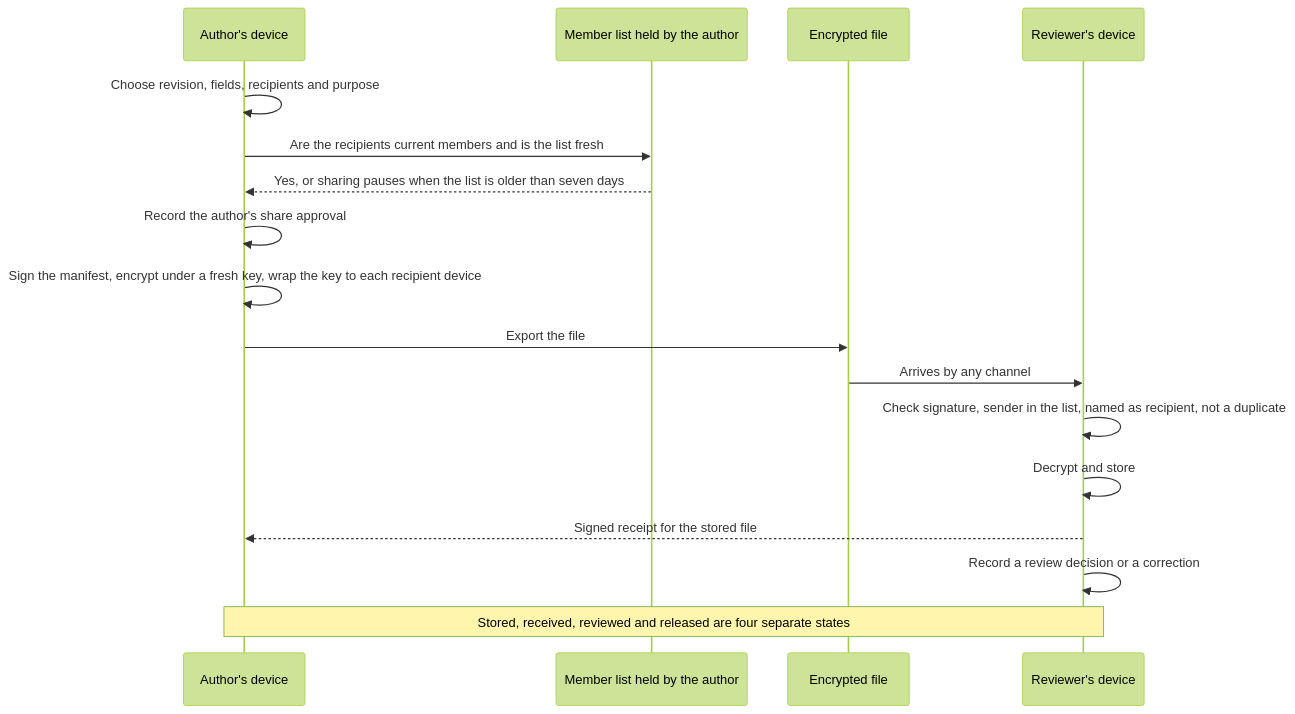
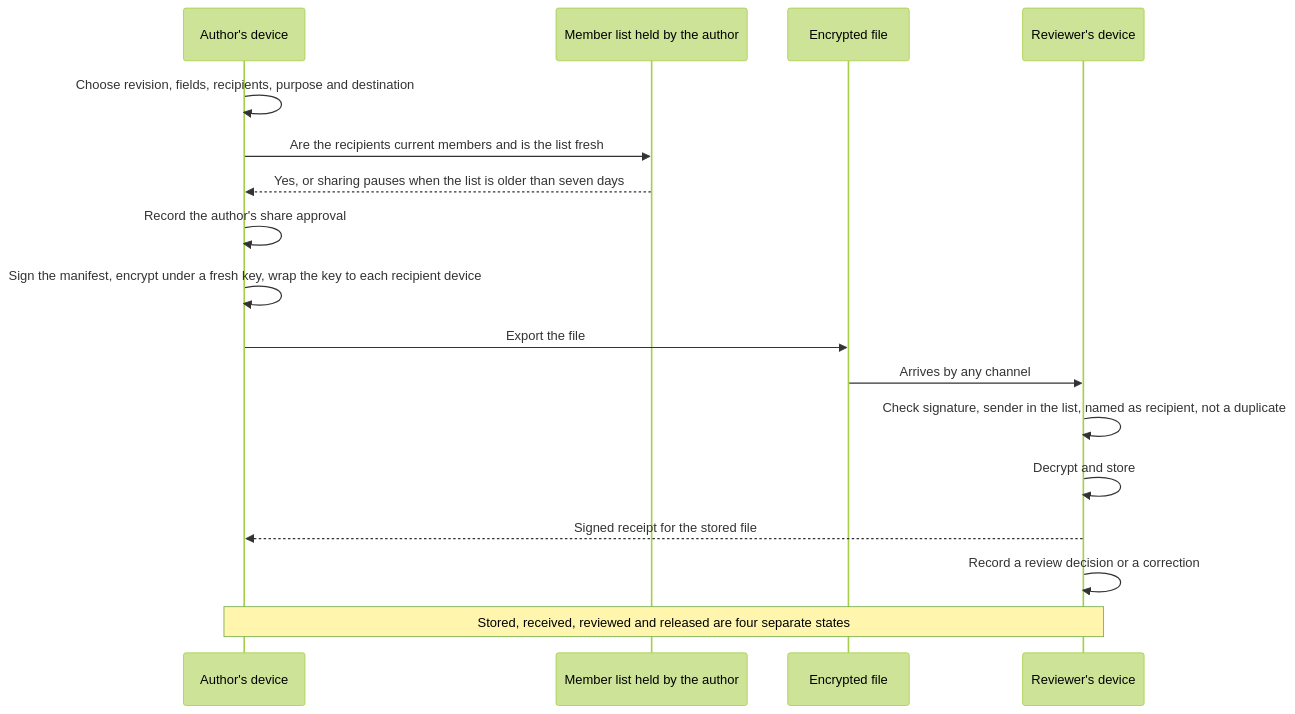
Before and after one commit to greenpill-dev-guild/green-goods: the fifth of 14 diagrams in .plans/ideas/grove/architecture-flows.md, drawn with Mermaid (forest theme). The commit also changed other lines of this file and 5 other files, not shown here.

````diff
--- a/.plans/ideas/grove/architecture-flows.md
+++ b/.plans/ideas/grove/architecture-flows.md
@@ -116,19 +117,19 @@
 ```mermaid
 sequenceDiagram
   participant A as Author's device
   participant M as Member list held by the author
   participant F as Encrypted file
   participant R as Reviewer's device
-  A->>A: Choose revision, fields, recipients and purpose
+  A->>A: Choose revision, fields, recipients, purpose and destination
   A->>M: Are the recipients current members and is the list fresh
   M-->>A: Yes, or sharing pauses when the list is older than seven days
   A->>A: Record the author's share approval
   A->>A: Sign the manifest, encrypt under a fresh key, wrap the key to each recipient device
   A->>F: Export the file
   F->>R: Arrives by any channel
   R->>R: Check signature, sender in the list, named as recipient, not a duplicate
   R->>R: Decrypt and store
   R-->>A: Signed receipt for the stored file
   R->>R: Record a review decision or a correction
   Note over A,R: Stored, received, reviewed and released are four separate states
 ```
````
